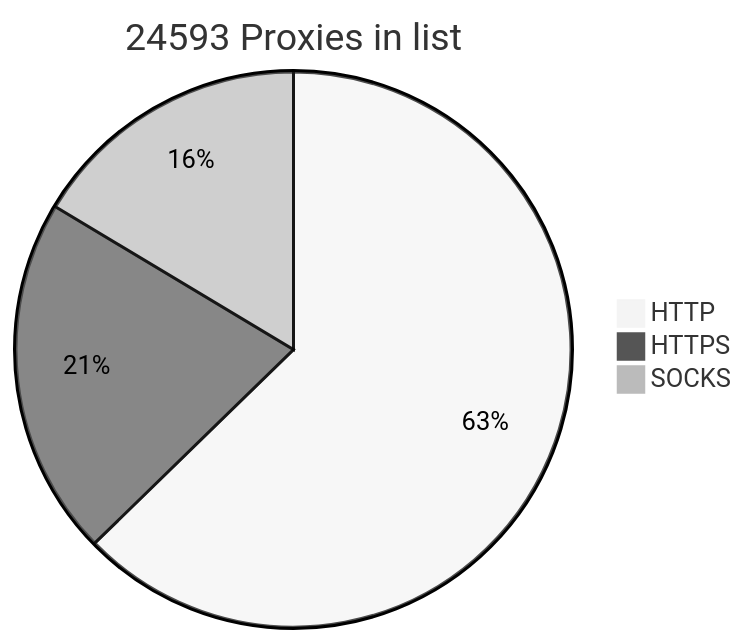
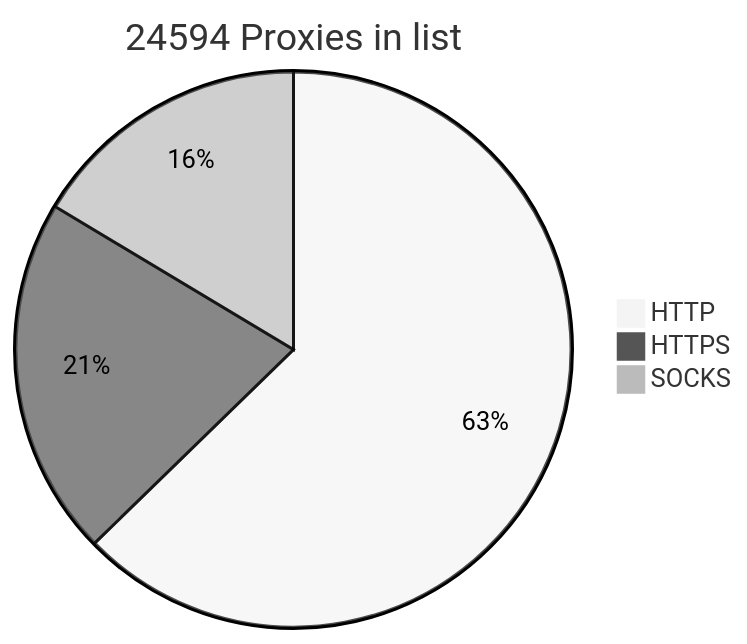
One commit to BlackSnowDot/proxylist-update-every-minute changed the diagram in README.md. Above: the diagram before and after it, drawn with Mermaid (neutral theme).

````diff
--- a/README.md
+++ b/README.md
@@ -2,6 +2,6 @@
 ```mermaid
-pie title 24593 Proxies in list
-    "HTTP" : 17817
+pie title 24594 Proxies in list
+    "HTTP" : 17818
     "HTTPS": 5935
     "SOCKS" : 4661
 ```
````
